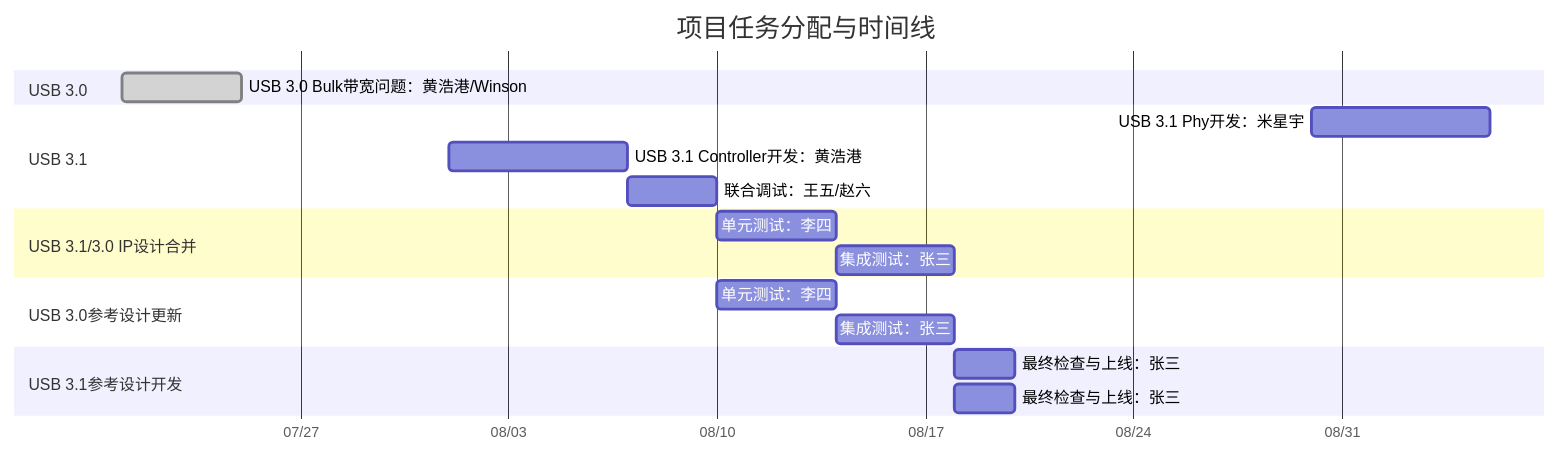
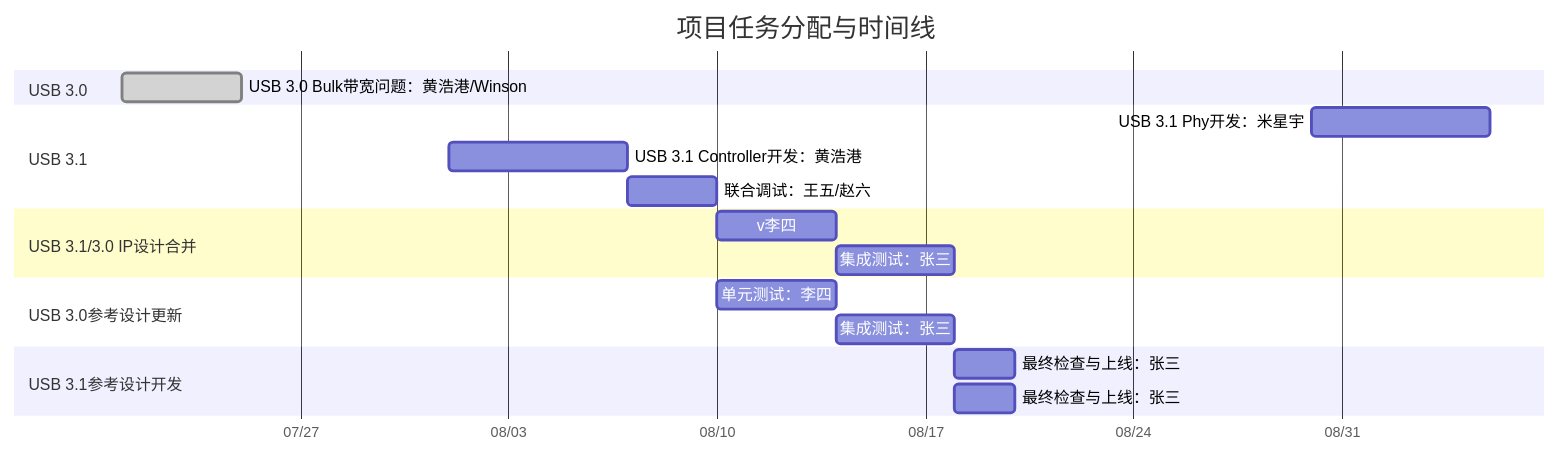
Before and after one commit to winsonbook/iodraw-files: the diagram in all/未命名.md, drawn with Mermaid.

Commit message:
2025-07-21 09:50:52 update

````diff
--- a/all/未命名.md
+++ b/all/未命名.md
@@ -1,29 +1,29 @@
 ```mermaid
 gantt
     title 项目任务分配与时间线
     dateFormat  YYYY-MM-DD
     axisFormat  %m/%d
 
     section USB 3.0
     USB 3.0 Bulk带宽问题：黄浩港/Winson   :done,    task1, 2025-07-21, 4d
 
     section USB 3.1
     USB 3.1 Phy开发：米星宇      :         task3, 2025-08-30, 6d
     USB 3.1 Controller开发：黄浩港      :  task4, 2025-08-01, 6d
     联合调试：王五/赵六  :         task5, 2025-08-07, 3d
 
     section USB 3.1/3.0 IP设计合并
-    单元测试：李四       :         task6, 2025-08-10, 4d
+    v李四       :         task6, 2025-08-10, 4d
     集成测试：张三       :         task7, 2025-08-14, 4d
 
     section USB 3.0参考设计更新
     单元测试：李四       :         task6, 2025-08-10, 4d
     集成测试：张三       :         task7, 2025-08-14, 4d
 
     section USB 3.1参考设计开发
     最终检查与上线：张三 :         task8, 2025-08-18, 2d
 
     section USB 3.1参考设计开发
     最终检查与上线：张三 :         task8, 2025-08-18, 2d
 
 ```
````
